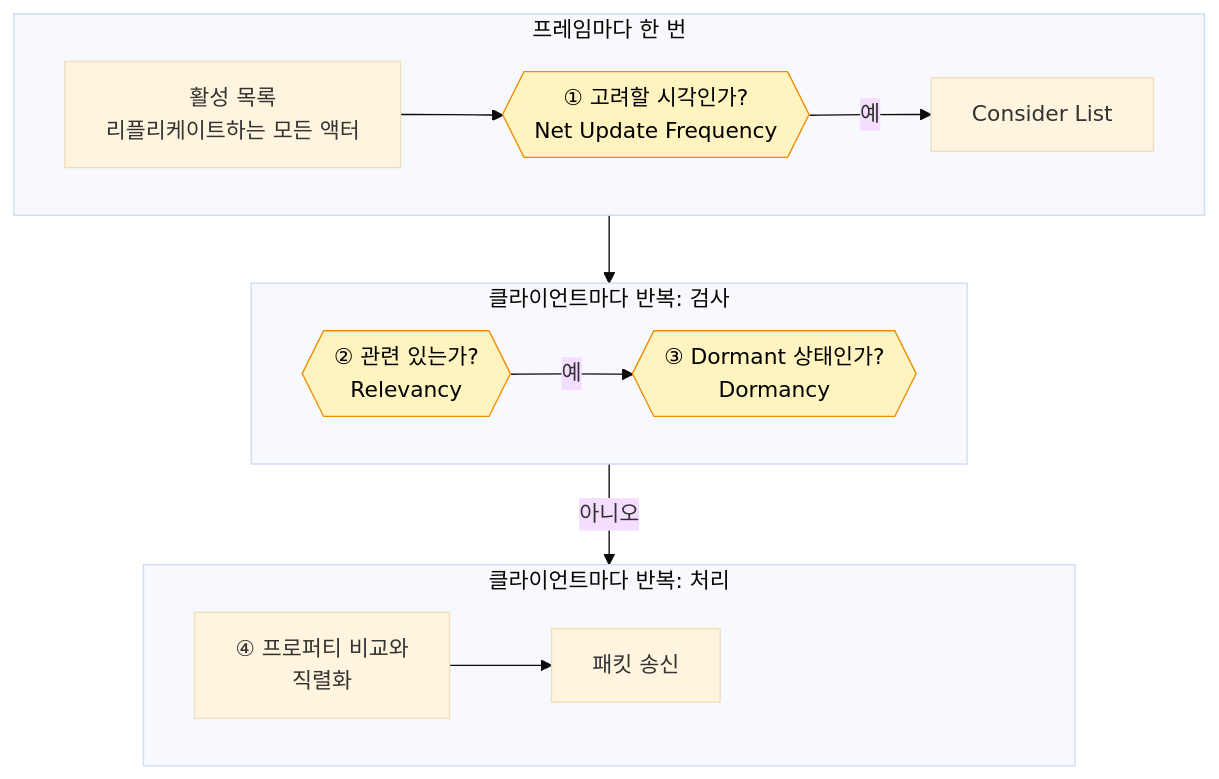
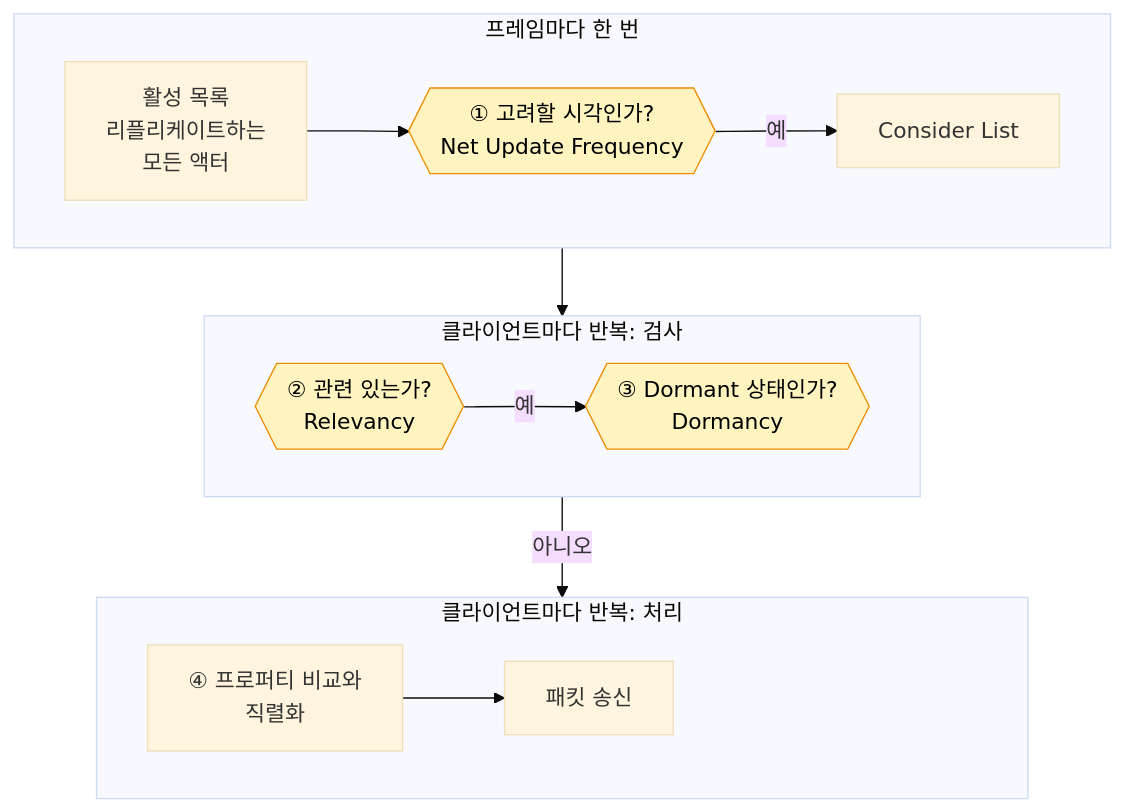
One commit to hon454/ue-dedicated-server-optimization-lab changed the diagram in Posts/01-baseline/README.md. Above: the diagram before and after it, drawn with Mermaid (base theme). The commit also changed 1 other file, not shown here.

Commit message:
docs(posts): wrap the active list label so the baseline flow renders larger
The first row was the widest and set the scale of the whole diagram at a 680px column. Wrapping its first label onto three lines narrows that row; the diagram grows from about 470px to about 540px tall with larger text. Checked in GitHub's edit preview.

````diff
--- a/Posts/01-baseline/README.md
+++ b/Posts/01-baseline/README.md
@@ -42,23 +42,23 @@
 ```mermaid
 flowchart TB
     subgraph Once["프레임마다 한 번"]
         direction LR
-        A["활성 목록<br/>리플리케이트하는 모든 액터"] --> B{{"① 고려할 시각인가?<br/>Net Update Frequency"}}
+        A["활성 목록<br/>리플리케이트하는<br/>모든 액터"] --> B{{"① 고려할 시각인가?<br/>Net Update Frequency"}}
         B -- "예" --> C["Consider List"]
     end
     subgraph Check["클라이언트마다 반복: 검사"]
         direction LR
         D{{"② 관련 있는가?<br/>Relevancy"}} -- "예" --> E{{"③ Dormant 상태인가?<br/>Dormancy"}}
     end
     subgraph Work["클라이언트마다 반복: 처리"]
         direction LR
         G["④ 프로퍼티 비교와<br/>직렬화"] --> H["패킷 송신"]
         H ~~~ Pad["여백여백여백"]
     end
     Once --> Check
     Check -- "아니오" --> Work
     classDef check fill:#fff3bf,stroke:#f08c00,color:#000
     class B,D,E check
     classDef pad fill:none,stroke:none,color:transparent
     class Pad pad
 ```
````
